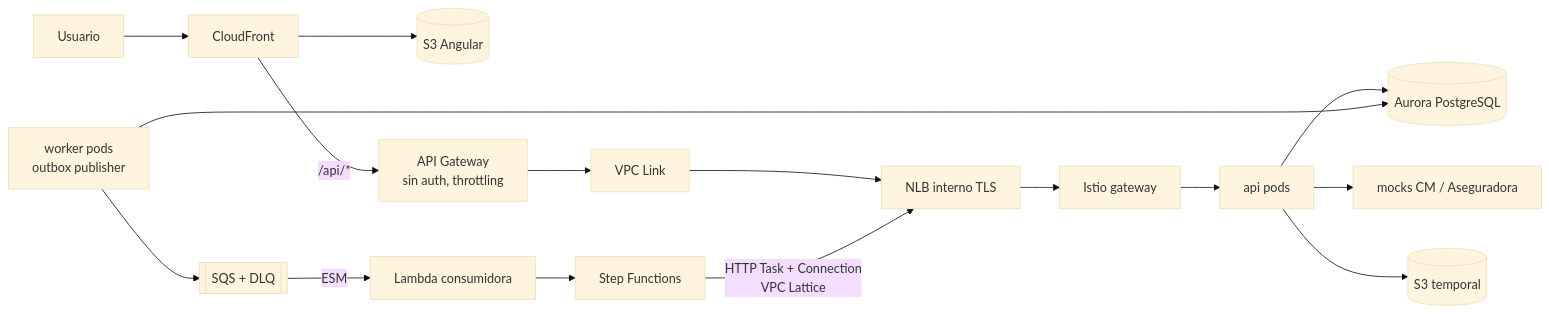
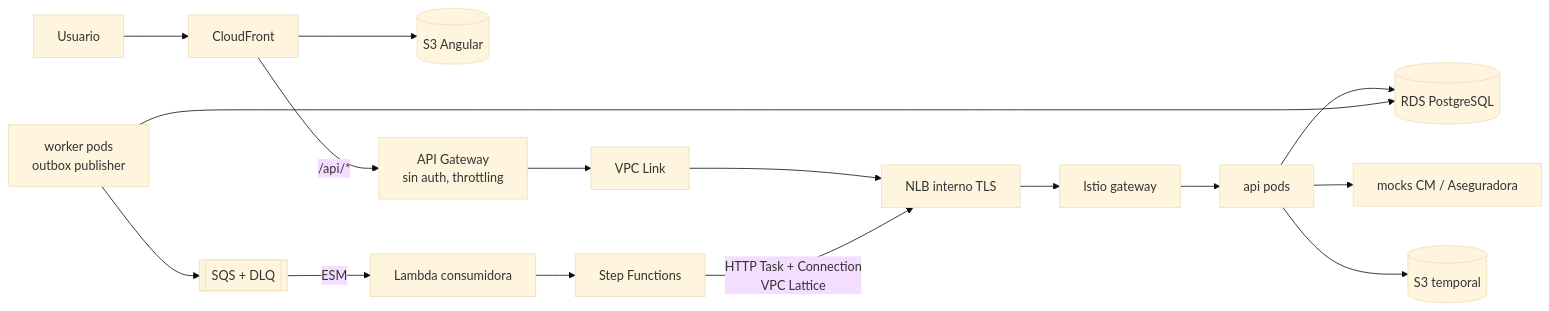
One commit to Mercally/micro-test changed the diagram in aws/README.md. Above: the diagram before and after it, drawn with Mermaid (base theme). The commit also changed other lines of this file and 33 other files, not shown here.

````diff
--- a/aws/README.md
+++ b/aws/README.md
@@ -10,16 +10,16 @@
 ```mermaid
 flowchart LR
   U[Usuario] --> CF[CloudFront]
   CF --> WEB[(S3 Angular)]
   CF -->|/api/*| APIGW[API Gateway<br/>sin auth, throttling]
   APIGW --> VL[VPC Link] --> NLB[NLB interno TLS]
   NLB --> IG[Istio gateway] --> API[api pods]
-  API --> DB[(Aurora PostgreSQL)]
+  API --> DB[(RDS PostgreSQL)]
   WK[worker pods<br/>outbox publisher] --> DB
   WK --> Q[[SQS + DLQ]]
   Q -->|ESM| L[Lambda consumidora]
   L --> SF[Step Functions]
   SF -->|HTTP Task + Connection<br/>VPC Lattice| NLB
   API --> MK[mocks CM / Aseguradora]
   API --> S3[(S3 temporal)]
 ```
````
